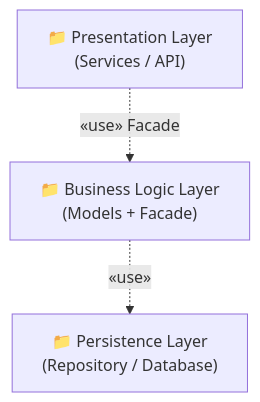
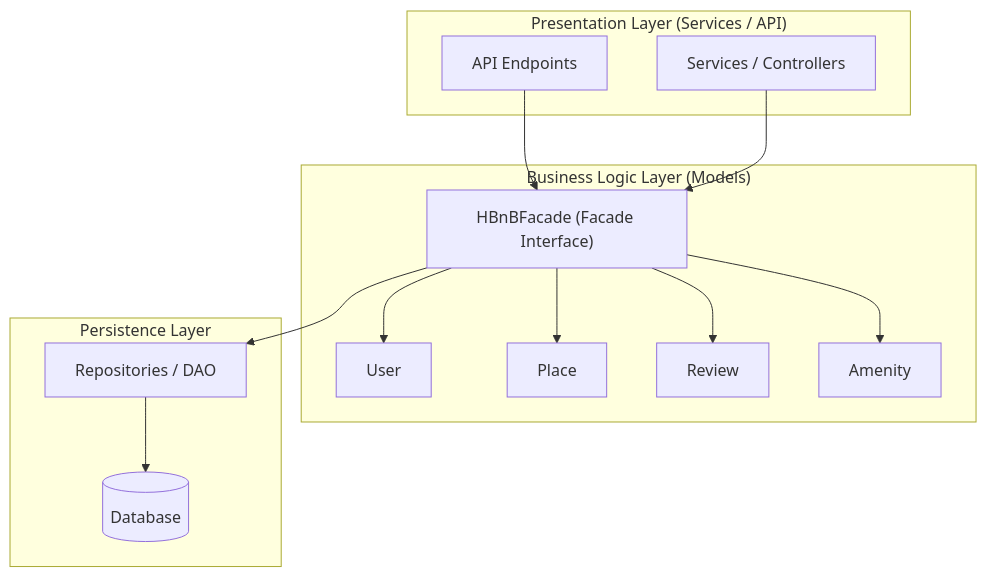
Before and after one commit to Nouf2027/holbertonschool-hbnb: the diagram in part1/README.md, drawn with Mermaid. The commit also changed other lines of this file, not shown here.

Commit message:
Add Task 0: High-Level Package Diagram

````diff
--- a/part1/README.md
+++ b/part1/README.md
@@ -9,11 +4,31 @@
 ```mermaid
 flowchart TB
-  %% Packages
-  Presentation["📁 Presentation Layer\n(Services / API)"]
-  Business["📁 Business Logic Layer\n(Models + Facade)"]
-  Persistence["📁 Persistence Layer\n(Repository / Database)"]
+  subgraph Presentation["Presentation Layer (Services / API)"]
+    API["API Endpoints"]
+    Services["Services / Controllers"]
+  end
 
-  %% Dependencies
-  Presentation -. "«use» Facade" .-> Business
-  Business -. "«use»" .-> Persistence
+  subgraph Business["Business Logic Layer (Models)"]
+    Facade["HBnBFacade (Facade Interface)"]
+    User["User"]
+    Place["Place"]
+    Review["Review"]
+    Amenity["Amenity"]
+  end
+
+  subgraph Persistence["Persistence Layer"]
+    Repo["Repositories / DAO"]
+    DB[(Database)]
+  end
+
+  API --> Facade
+  Services --> Facade
+
+  Facade --> User
+  Facade --> Place
+  Facade --> Review
+  Facade --> Amenity
+
+  Facade --> Repo
+  Repo --> DB
 ```
````
